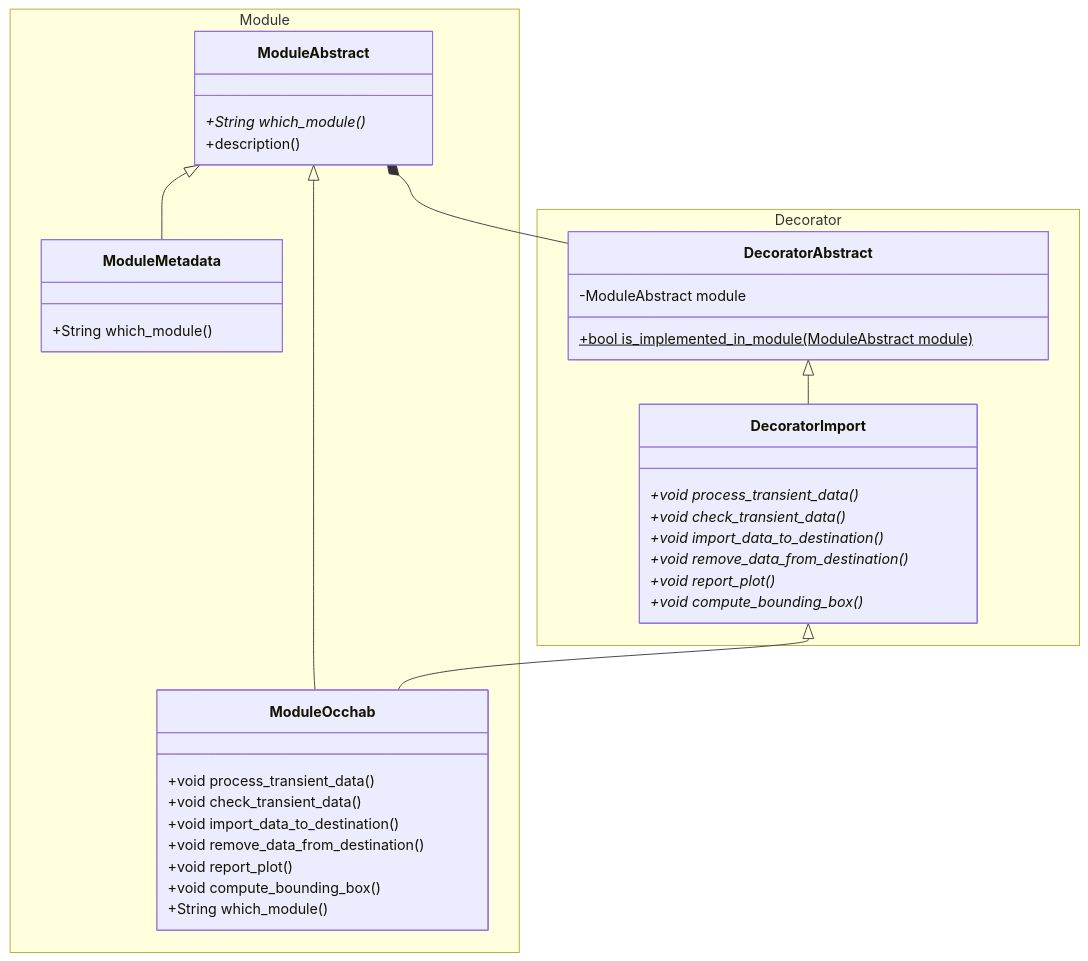
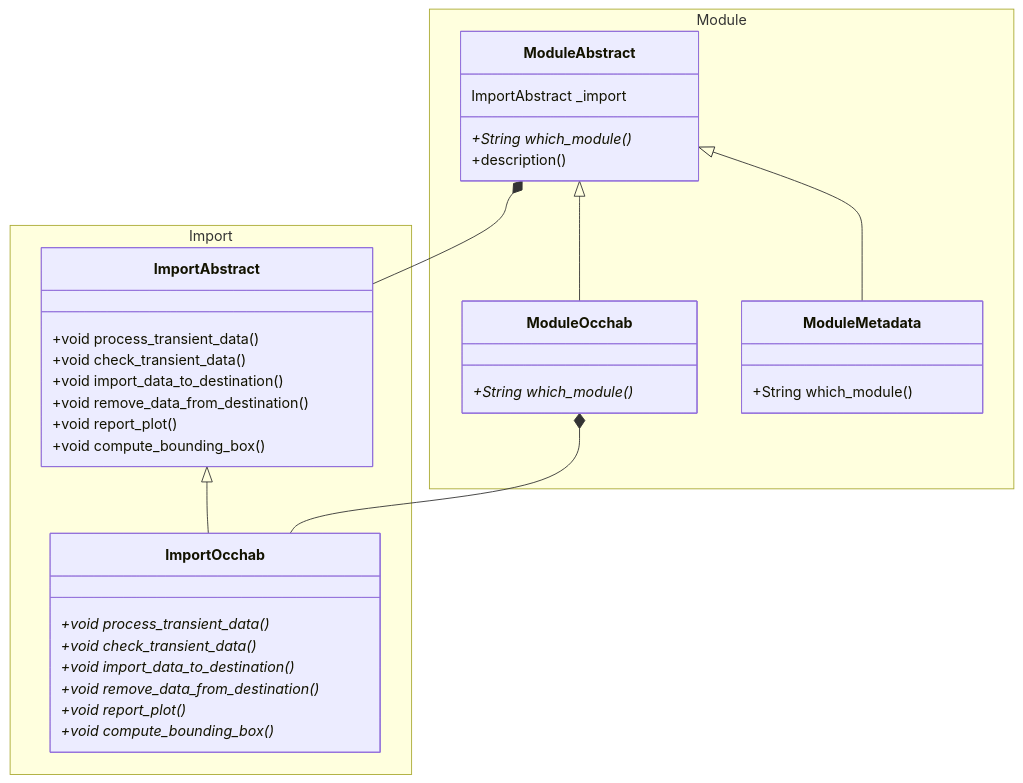
The diagram in README.md (edelclaux/playground), drawn with Mermaid before and after one commit. The commit also changed 8 other files, not shown here.

````diff
--- a/README.md
+++ b/README.md
@@ -22,45 +22,45 @@
 ```mermaid
 classDiagram
 
-DecoratorAbstract <|-- DecoratorImport
-ModuleAbstract *-- DecoratorAbstract
+ImportAbstract <|-- ImportOcchab
+ModuleAbstract *-- ImportAbstract
 
 ModuleAbstract <|-- ModuleOcchab
-DecoratorImport <|-- ModuleOcchab
+ModuleOcchab *-- ImportOcchab
 
 ModuleAbstract <|-- ModuleMetadata
 
 namespace Module {
     class ModuleAbstract{
         +String which_module()*
+        ImportAbstract _import
         +description()
     }
     class ModuleOcchab {
+        +String which_module()*
+    }
+    class ModuleMetadata{
+        +String which_module()
+    }
+}
+
+namespace Import {
+    class ImportAbstract{
         +void process_transient_data()
         +void check_transient_data()
         +void import_data_to_destination()
         +void remove_data_from_destination()
         +void report_plot()
         +void compute_bounding_box()
-        +String which_module()
     }
-    class ModuleMetadata{
-        +String which_module()
-    }
-}
 
-namespace Decorator {
-    class DecoratorAbstract{
-        -ModuleAbstract module
-        +bool is_implemented_in_module(ModuleAbstract module)$
-    }
-    class DecoratorImport{
+    class ImportOcchab{
         +void process_transient_data()*
         +void check_transient_data()*
         +void import_data_to_destination()*
         +void remove_data_from_destination()*
         +void report_plot()*
         +void compute_bounding_box()*
     }
 }
 ```
````
